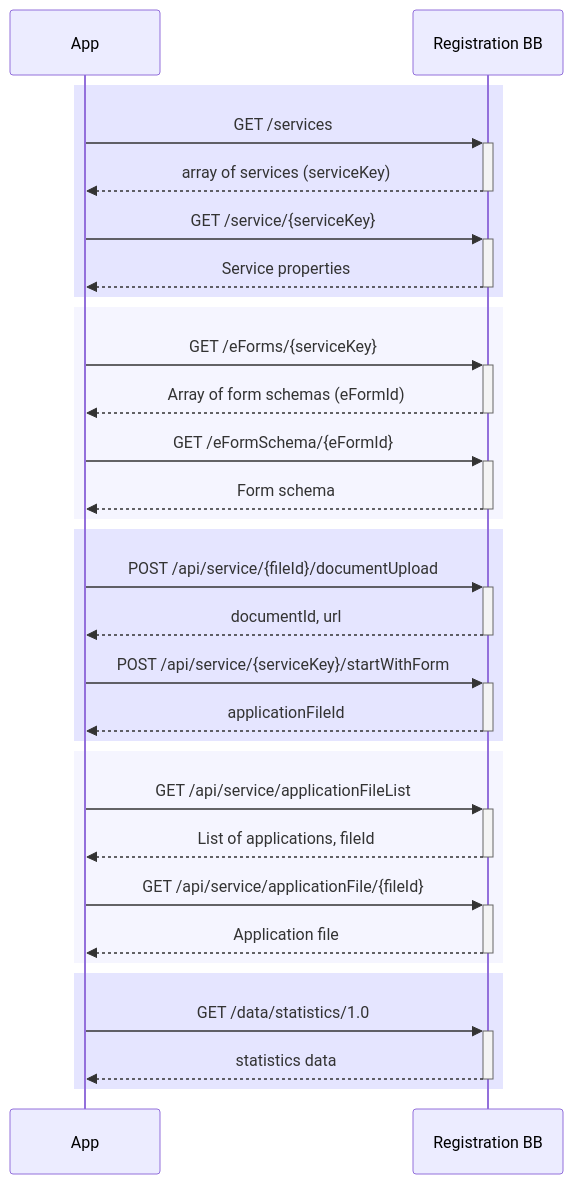
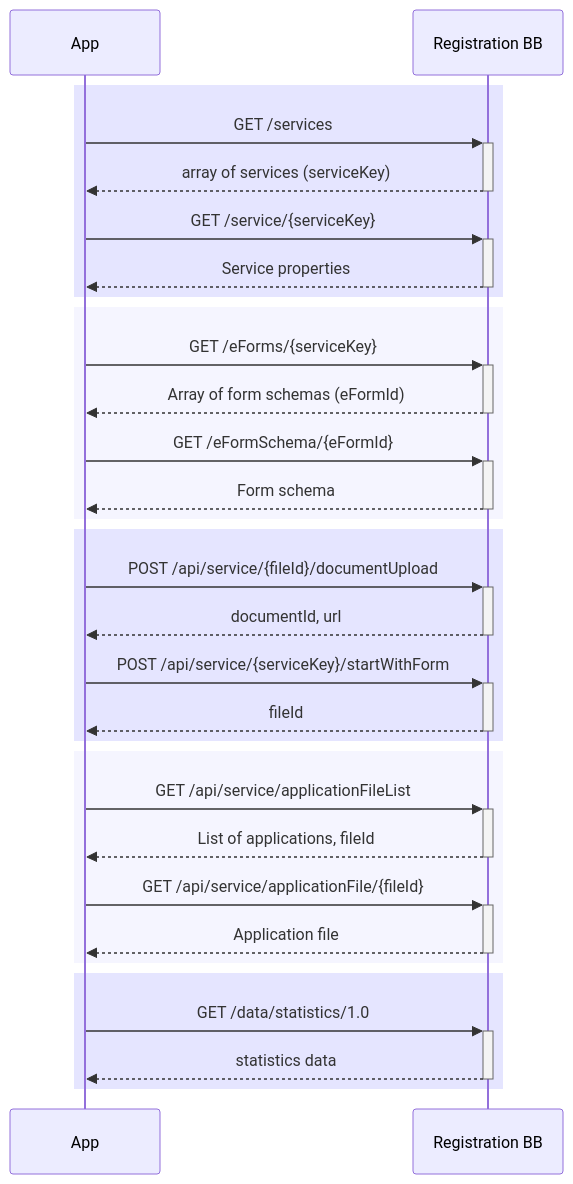
The diagram in api/ApplicantSequenceDiagram.mermaid (GovStackWorkingGroup/bb-registration), drawn with Mermaid before and after one commit.

```diff
--- a/api/ApplicantSequenceDiagram.mermaid
+++ b/api/ApplicantSequenceDiagram.mermaid
@@ -1,43 +1,43 @@
 sequenceDiagram
     rect rgba(0, 0, 255, .1)
 
     App->>+Registration BB: GET /services
     Registration BB-->>-App: array of services (serviceKey)
     
     App->>+Registration BB: GET /service/{serviceKey}
     Registration BB-->>-App: Service properties
     
     end
     rect rgba(204, 204, 255, .2)
     App->>+Registration BB: GET /eForms/{serviceKey}
     Registration BB-->>-App: Array of form schemas (eFormId)
 
     App->>+Registration BB: GET /eFormSchema/{eFormId}
     Registration BB-->>-App: Form schema 
 
     end
 
     rect rgba(0, 0, 255, .1)
     App->>+Registration BB: POST /api/service/{fileId}/documentUpload
     Registration BB-->>-App: documentId, url
     
     
     App->>+Registration BB: POST /api/service/{serviceKey}/startWithForm
-    Registration BB-->>-App: applicationFileId
+    Registration BB-->>-App: fileId
     
 
     end
 
     rect rgba(204, 204, 255, .2)
 
     App->>+Registration BB: GET /api/service/applicationFileList
     Registration BB-->>-App: List of applications, fileId
 
     App->>+Registration BB: GET /api/service/applicationFile/{fileId}
     Registration BB-->>-App: Application file 
 
     end
     rect rgba(0, 0, 255, .1)
     App->>+Registration BB: GET /data/statistics/1.0
     Registration BB-->>-App: statistics data
     end
```
